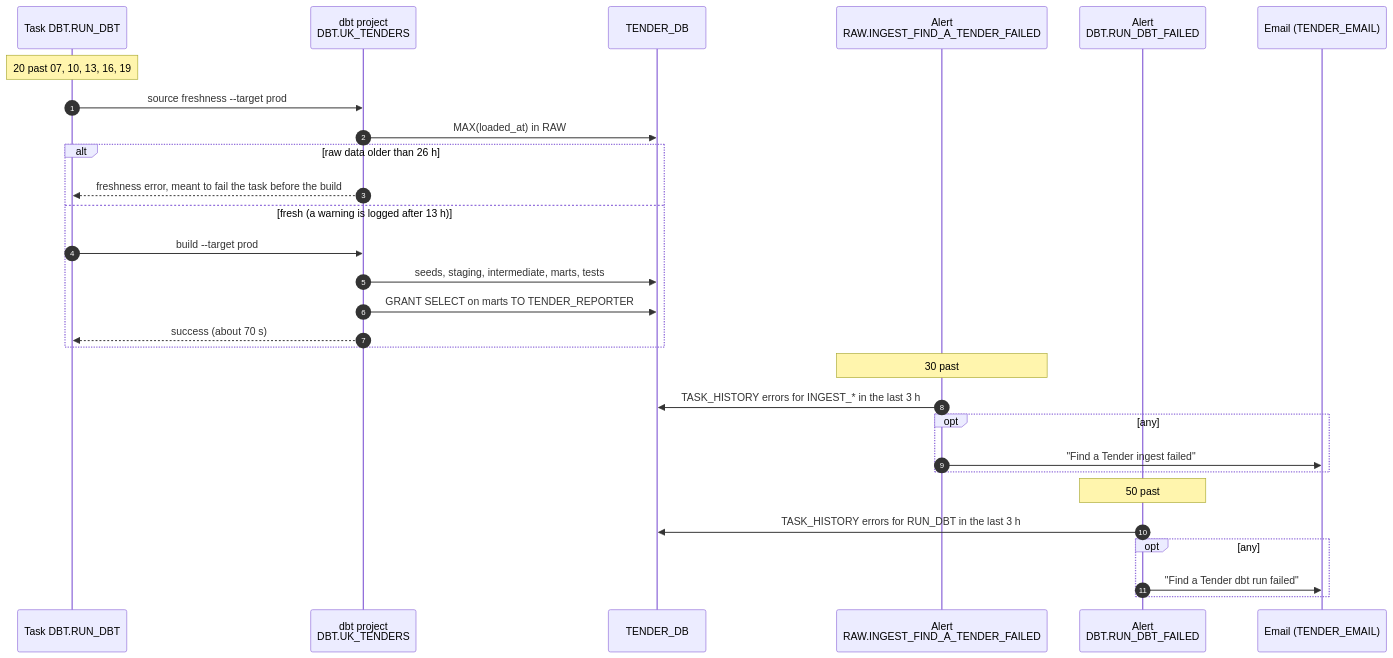
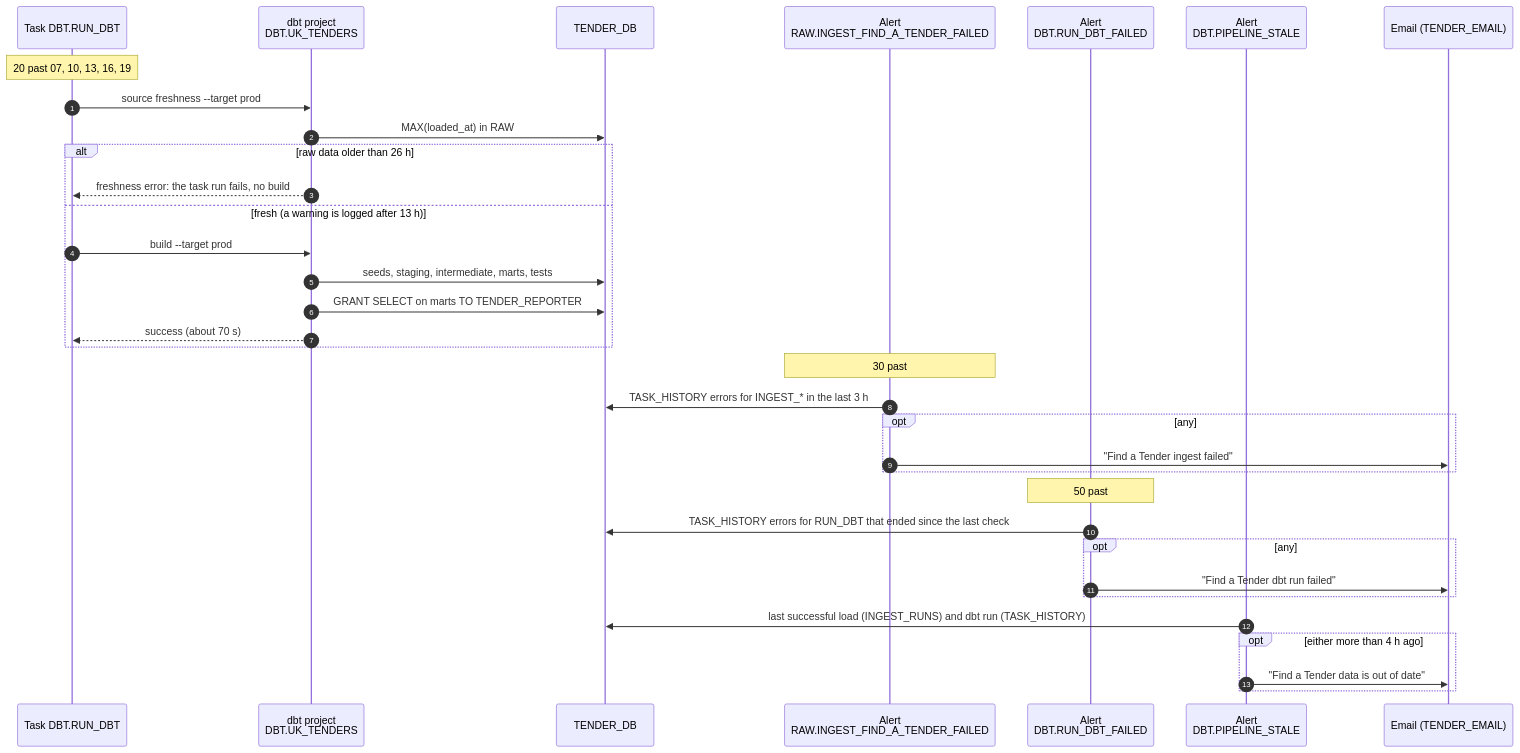
One commit to jacekjastrzebski/uk-tenders-dbt-snowflake changed the fourth of 5 diagrams in docs/diagrams/flows.md. Above: the diagram before and after it, drawn with Mermaid. The commit also changed other lines of this file and 23 other files, not shown here.

````diff
--- a/docs/diagrams/flows.md
+++ b/docs/diagrams/flows.md
@@ -102,32 +102,37 @@
 ```mermaid
 sequenceDiagram
     autonumber
     participant DT as Task DBT.RUN_DBT
     participant DP as dbt project<br/>DBT.UK_TENDERS
     participant DB as TENDER_DB
     participant IA as Alert<br/>RAW.INGEST_FIND_A_TENDER_FAILED
     participant DA as Alert<br/>DBT.RUN_DBT_FAILED
+    participant SA as Alert<br/>DBT.PIPELINE_STALE
     participant M as Email (TENDER_EMAIL)
 
     Note over DT: 20 past 07, 10, 13, 16, 19
     DT->>DP: source freshness --target prod
     DP->>DB: MAX(loaded_at) in RAW
     alt raw data older than 26 h
-        DP-->>DT: freshness error, meant to fail the task before the build
+        DP-->>DT: freshness error: the task run fails, no build
     else fresh (a warning is logged after 13 h)
         DT->>DP: build --target prod
         DP->>DB: seeds, staging, intermediate, marts, tests
         DP->>DB: GRANT SELECT on marts TO TENDER_REPORTER
         DP-->>DT: success (about 70 s)
     end
     Note over IA: 30 past
     IA->>DB: TASK_HISTORY errors for INGEST_* in the last 3 h
     opt any
         IA->>M: "Find a Tender ingest failed"
     end
     Note over DA: 50 past
-    DA->>DB: TASK_HISTORY errors for RUN_DBT in the last 3 h
+    DA->>DB: TASK_HISTORY errors for RUN_DBT that ended since the last check
     opt any
         DA->>M: "Find a Tender dbt run failed"
     end
+    SA->>DB: last successful load (INGEST_RUNS) and dbt run (TASK_HISTORY)
+    opt either more than 4 h ago
+        SA->>M: "Find a Tender data is out of date"
+    end
 ```
````
